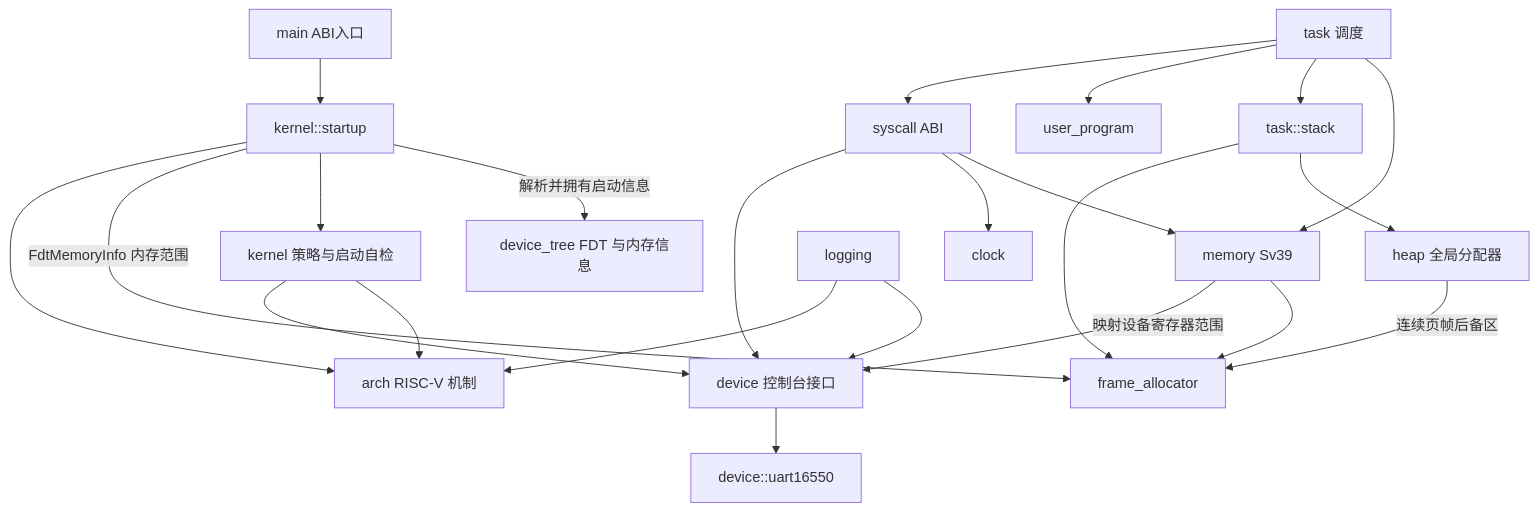
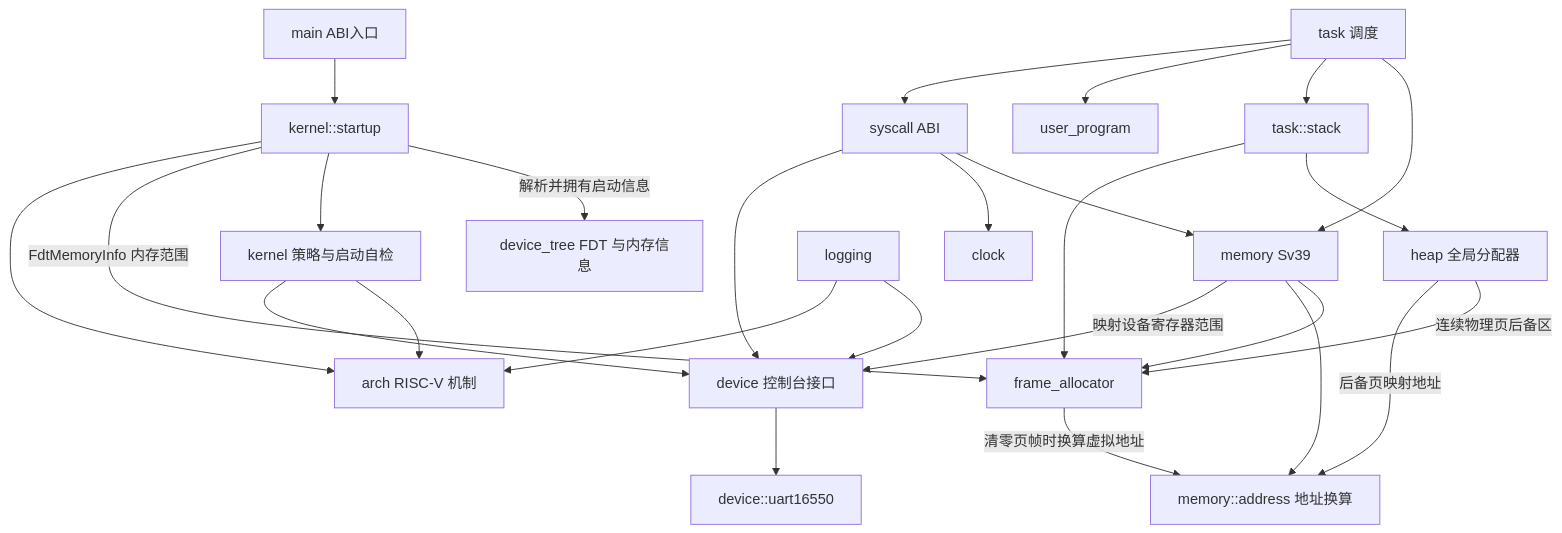
The diagram in docs/architecture.md (logeable/fullemu), drawn with Mermaid before and after one commit. The commit also changed other lines of this file and 15 other files, not shown here.

````diff
--- a/docs/architecture.md
+++ b/docs/architecture.md
@@ -63,25 +65,28 @@
 ```mermaid
 flowchart TD
     Main[main ABI入口] --> Startup[kernel::startup]
     Startup -->|解析并拥有启动信息| DeviceTree[device_tree FDT 与内存信息]
     Startup --> Kernel[kernel 策略与启动自检]
     Startup -->|FdtMemoryInfo 内存范围| Frames[frame_allocator]
-    Heap[heap 全局分配器] -->|连续页帧后备区| Frames
+    Heap[heap 全局分配器] -->|连续物理页后备区| Frames
+    Heap -->|后备页映射地址| Address[memory::address 地址换算]
     Startup --> Arch[arch RISC-V 机制]
     Kernel --> Arch
     Kernel --> Device[device 控制台接口]
     Device --> Uart[device::uart16550]
     Memory[memory Sv39] --> Frames
+    Memory --> Address
+    Frames -->|清零页帧时换算虚拟地址| Address
     Memory -->|映射设备寄存器范围| Device
     Task[task 调度] --> Memory
     Task --> Stack[task::stack]
     Stack --> Heap
     Stack --> Frames
     Task --> Program[user_program]
     Task --> Syscall[syscall ABI]
     Syscall --> Memory
     Syscall --> Clock[clock]
     Syscall --> Device
     Logging[logging] --> Device
     Logging --> Arch
 ```
````
